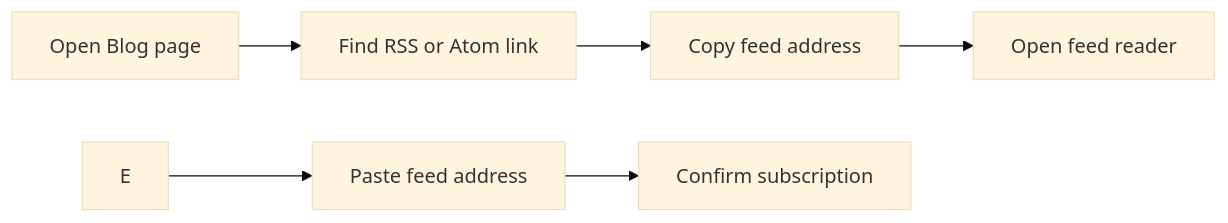
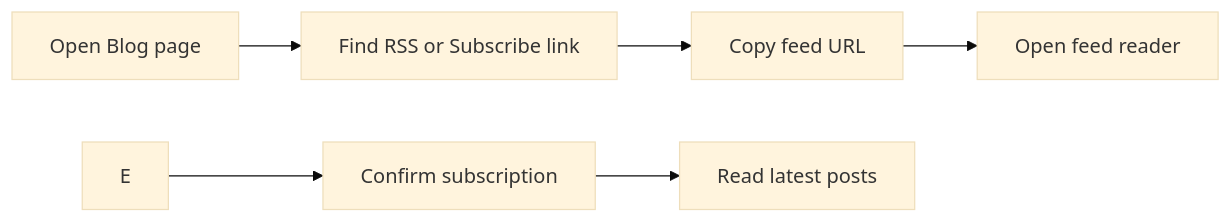
The diagram in api2-documentation/plan_2026-11-02_f8890e/user-facing-docs/how-to-subscribe-to-rssatom-feed.md (Mohita111/API2), drawn with Mermaid (base theme) before and after one commit. The commit also changed other lines of this file and 14 other files, not shown here.

````diff
--- a/api2-documentation/plan_2026-11-02_f8890e/user-facing-docs/how-to-subscribe-to-rssatom-feed.md
+++ b/api2-documentation/plan_2026-11-02_f8890e/user-facing-docs/how-to-subscribe-to-rssatom-feed.md
@@ -21,8 +27,8 @@
 ```mermaid
 graph LR
-    A[Open Blog page] --> B[Find RSS or Atom link]
-    B --> C[Copy feed address]
+    A[Open Blog page] --> B[Find RSS or Subscribe link]
+    B --> C[Copy feed URL]
     C --> D[Open feed reader]
-    E --> F[Paste feed address]
-    F --> G[Confirm subscription]
+    E --> F[Confirm subscription]
+    F --> G[Read latest posts]
 ```
````
